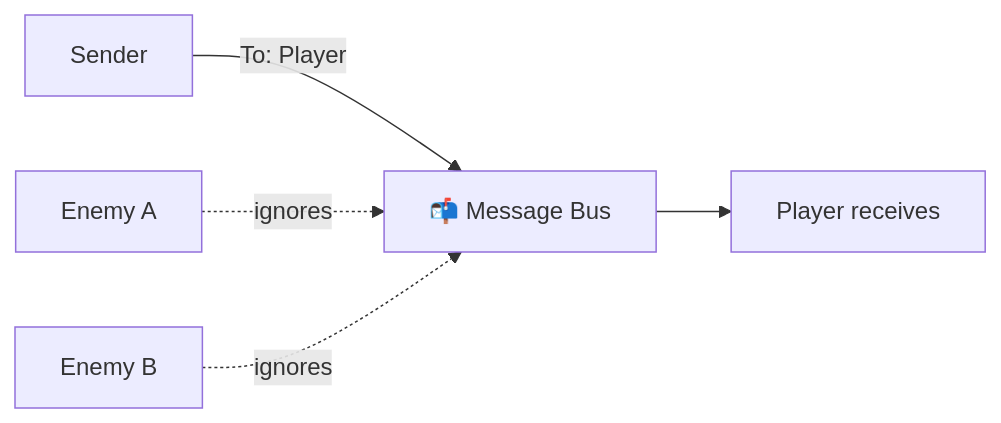
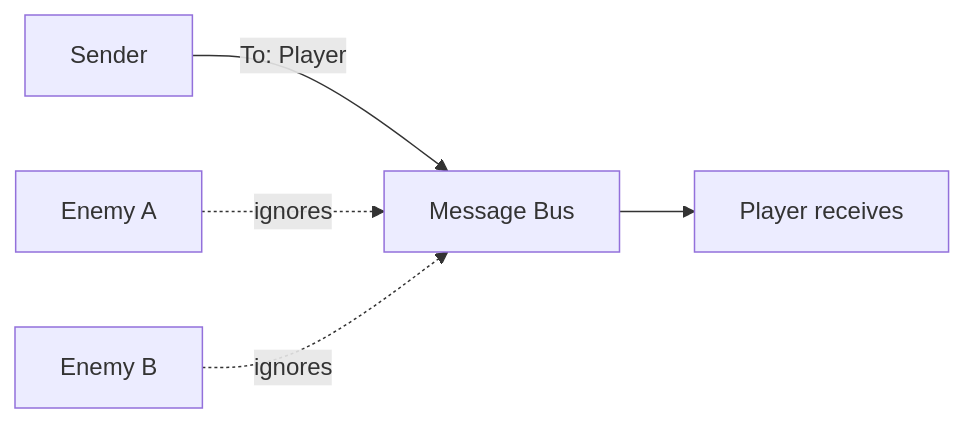
The second of 5 diagrams in docs/concepts/mental-model.md (wallstop/DxMessaging), drawn with Mermaid before and after one commit. The commit also changed other lines of this file and 177 other files, not shown here.

````diff
--- a/docs/concepts/mental-model.md
+++ b/docs/concepts/mental-model.md
@@ -87,7 +87,7 @@
 ```mermaid
 flowchart LR
-    S[Sender] -->|"To: Player"| Letter[📬 Message Bus]
+    S[Sender] -->|"To: Player"| Letter[Message Bus]
     Letter --> Player[Player receives]
     Other1[Enemy A] -.->|ignores| Letter
     Other2[Enemy B] -.->|ignores| Letter
 ```
````
